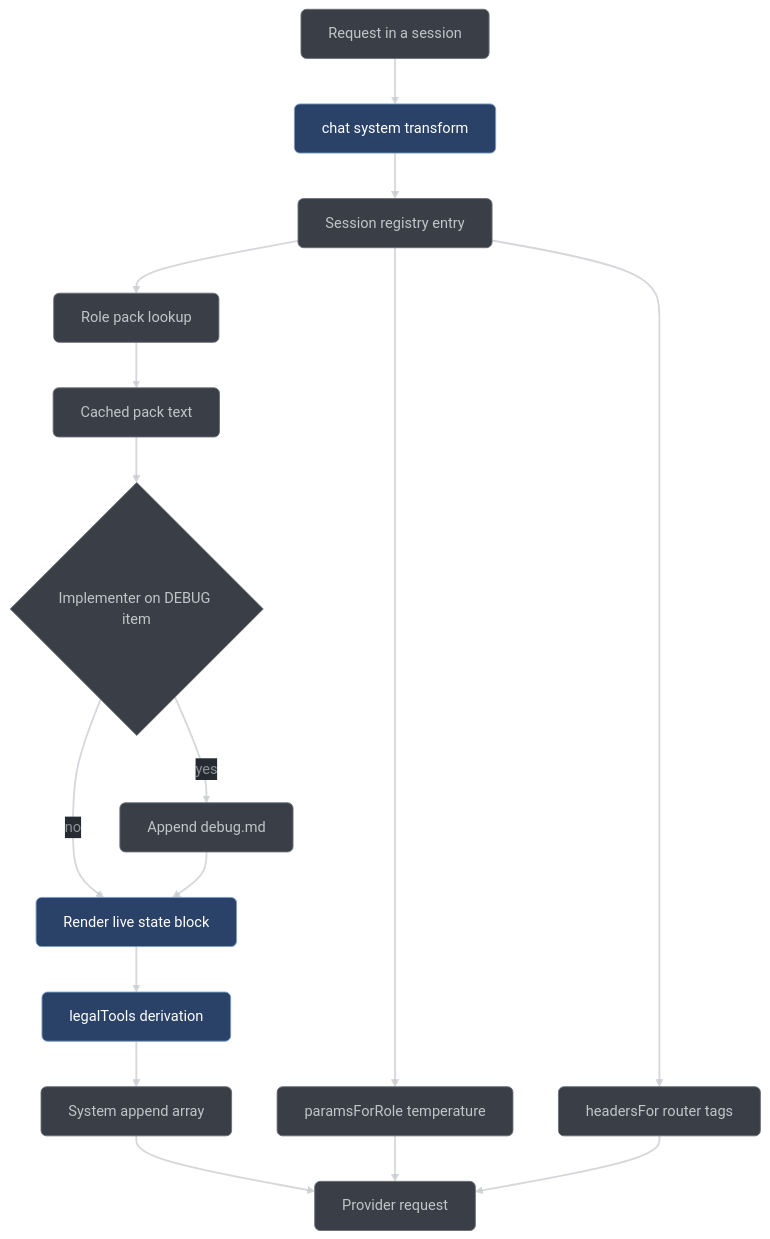
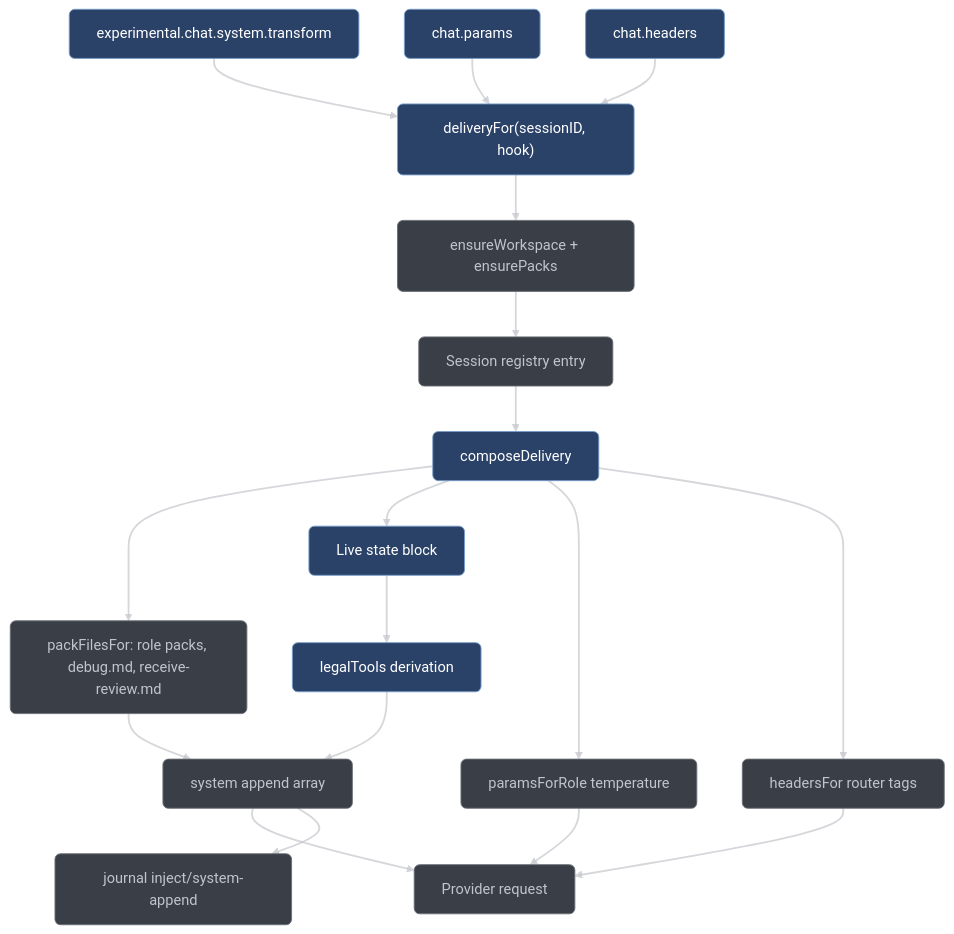
Before and after one commit to vorlac/llama-harness: the diagram in docs/developer/doctrine-system.md, drawn with Mermaid. The commit also changed other lines of this file and 44 other files, not shown here.

Commit message:
global repo docs sync, corrections, added coverage/explanations, drift corrections, diagram layout improvements, etc

````diff
--- a/docs/developer/doctrine-system.md
+++ b/docs/developer/doctrine-system.md
@@ -261,57 +438,59 @@
 ```mermaid
 ---
 config:
     theme: 'base'
     curve: 'straight'
     themeVariables:
         darkMode: true
         clusterBkg: '#22272f62'
         clusterBorder: '#6a6f77ff'
         clusterTextColor: '#C1C4CAff'
         lineColor: '#C1C4CAAA'
         background: '#262B33'
         primaryColor: '#3a3f47ff'
         primaryTextColor: '#C1C4CAff'
         primaryBorderColor: '#6a6f77ff'
         primaryLabelBkg: '#262B33'
         secondaryColor: '#425f5fff'
         secondaryBorderColor: '#8c9c81ff'
         secondaryTextColor: '#C1C4CAff'
         tertiaryColor: '#4d4962ff'
         tertiaryBorderColor: '#8983a5ff'
         tertiaryTextColor: '#C1C4CAff'
         nodeTextColor: '#C1C4CA'
         defaultLinkColor: '#C1C4CA'
         edgeLabelBackground: '#262B33'
         labelTextColor: '#C1C4CA'
 ---
 flowchart TD
-%% Source: conductor/adapter/inject.ts:104-233
-    REQ["Request in a session"] --> HOOK["chat system transform"]
-    HOOK --> REG["Session registry entry"]
-    REG --> ROLE["Role pack lookup"]
-    ROLE --> CACHE["Cached pack text"]
-    CACHE --> DBG{"Implementer on DEBUG item"}
-    DBG -->|yes| ADD["Append debug.md"]
-    DBG -->|no| BLOCK["Render live state block"]
-    ADD --> BLOCK
+%% Source: conductor/plugin/index.ts:1071-1090, conductor/adapter/inject.ts:341-366
+    T1["experimental.chat.system.transform"] --> DF["deliveryFor(sessionID, hook)"]
+    T2["chat.params"] --> DF
+    T3["chat.headers"] --> DF
+    DF --> WS["ensureWorkspace + ensurePacks"]
+    WS --> REG["Session registry entry"]
+    REG --> COMP["composeDelivery"]
+    COMP --> PACKS["packFilesFor: role packs, debug.md, receive-review.md"]
+    COMP --> BLOCK["Live state block"]
     BLOCK --> LEGAL["legalTools derivation"]
-    LEGAL --> APPEND["System append array"]
-    REG --> PARAMS["paramsForRole temperature"]
-    REG --> HDRS["headersFor router tags"]
+    PACKS --> APPEND["system append array"]
+    LEGAL --> APPEND
+    COMP --> PARAMS["paramsForRole temperature"]
+    COMP --> HDRS["headersFor router tags"]
     APPEND --> OUT["Provider request"]
     PARAMS --> OUT
     HDRS --> OUT
+    APPEND --> REC["journal inject/system-append"]
 
     linkStyle default stroke:#C1C4CAaa,stroke-width:2px,color:#C1C4CAaa
 
     classDef neutral fill:#3a3f47,stroke:#6a6f77,color:#C1C4CA,rx:6,ry:6
     classDef accent  fill:#2b4268,stroke:#779DC9,color:#ffffff,rx:6,ry:6
     classDef warn    fill:#7a7253,stroke:#c7c19b,color:#ffffff,rx:6,ry:6
     classDef err     fill:#724848,stroke:#ac9696,color:#ffffff,rx:6,ry:6
     classDef ok      fill:#425f5f,stroke:#8c9c81,color:#ffffff,rx:6,ry:6
 
-    class REQ,REG,ROLE,CACHE,DBG,ADD,PARAMS,HDRS,APPEND,OUT neutral
-    class HOOK accent
-    class BLOCK,LEGAL accent
+    class WS,REG,PACKS,PARAMS,HDRS,APPEND,OUT,REC neutral
+    class T1,T2,T3 accent
+    class DF,COMP,BLOCK,LEGAL accent
 ```
````
